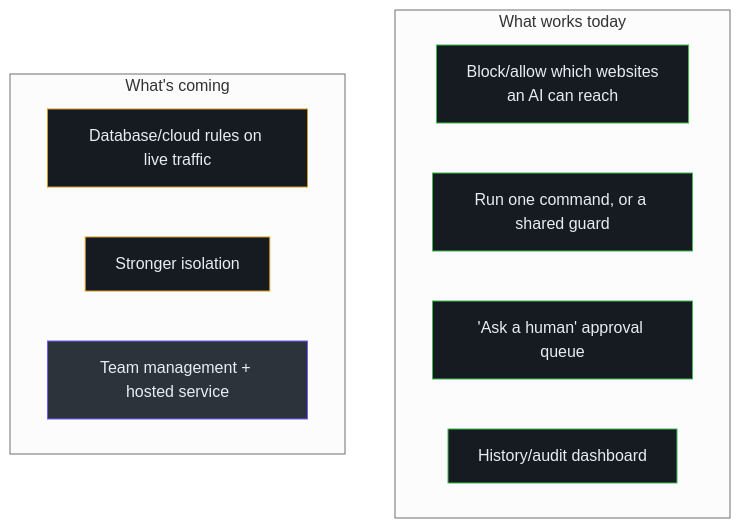
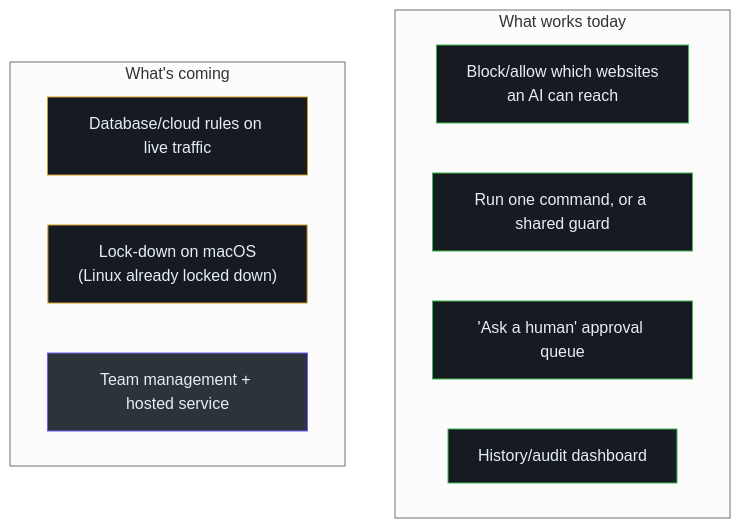
The second of 2 diagrams in wiki/onboarding/product-manager-guide.md (pleaseai/honmoon), drawn with Mermaid (neutral theme) before and after one commit. The commit also changed other lines of this file and 24 other files, not shown here.

First line of the commit message:
feat(cli): enforce `honmoon run` isolation with an empty netns on Linux (ADR-0005) (#71)

````diff
--- a/wiki/onboarding/product-manager-guide.md
+++ b/wiki/onboarding/product-manager-guide.md
@@ -66,21 +66,21 @@
 ```mermaid
 flowchart TB
   subgraph today["What works today"]
     t1["Block/allow which websites<br>an AI can reach"]
     t4["Run one command, or a shared guard"]
     t5["'Ask a human' approval queue"]
     t6["History/audit dashboard"]
   end
   subgraph soon["What's coming"]
     s2["Database/cloud rules on live traffic"]
-    s3["Stronger isolation"]
+    s3["Lock-down on macOS<br>(Linux already locked down)"]
     s4["Team management + hosted service"]
   end
   style t1 fill:#161b22,stroke:#3fb950,color:#e6edf3
   style t4 fill:#161b22,stroke:#3fb950,color:#e6edf3
   style t5 fill:#161b22,stroke:#3fb950,color:#e6edf3
   style t6 fill:#161b22,stroke:#3fb950,color:#e6edf3
   style s2 fill:#161b22,stroke:#d29922,color:#e6edf3
   style s3 fill:#161b22,stroke:#d29922,color:#e6edf3
   style s4 fill:#2d333b,stroke:#6d5dfc,color:#e6edf3
 ```
````
